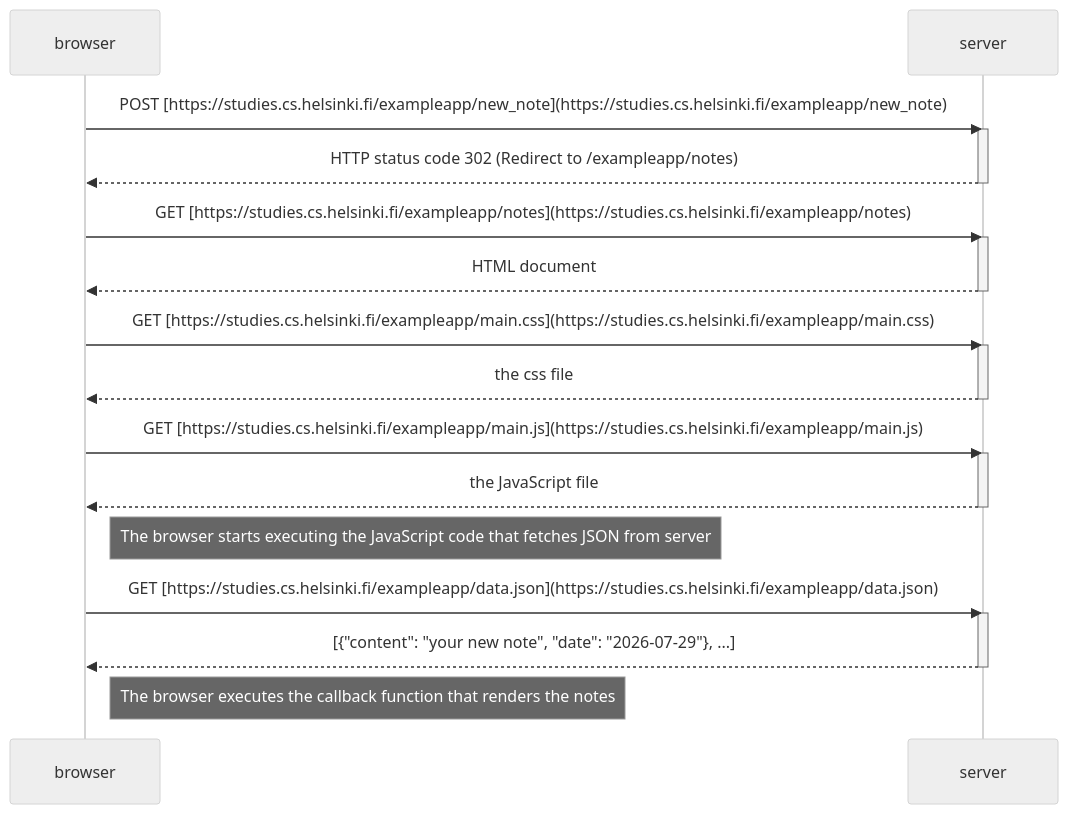
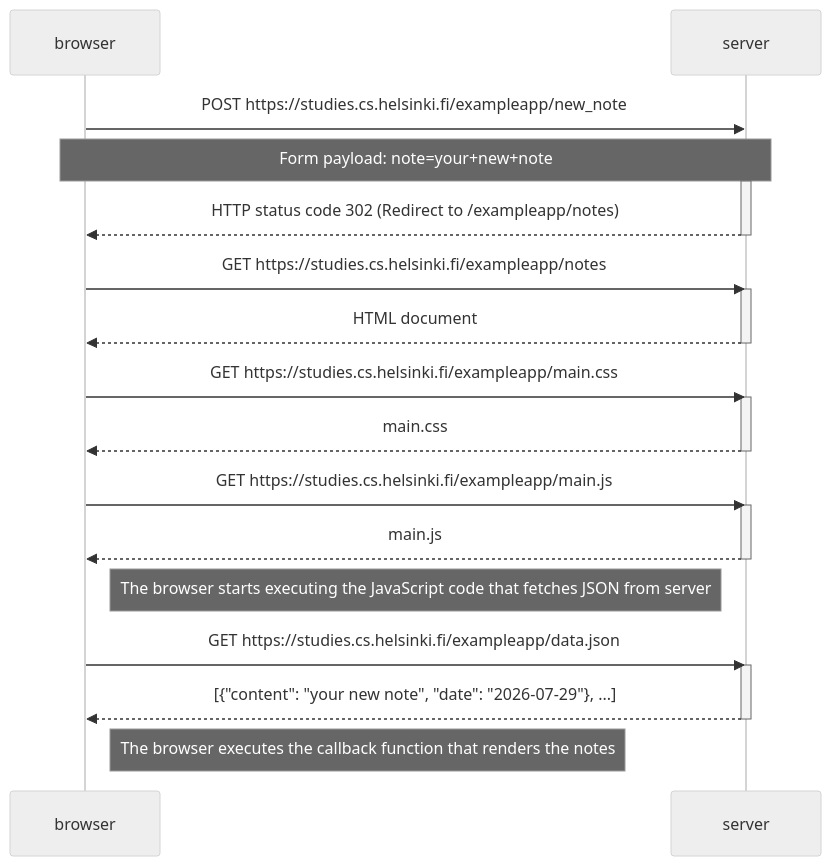
The diagram in part0/0.4-new-note.md (Kimhauta/full-stack-open), drawn with Mermaid (neutral theme) before and after one commit. The commit also changed 2 other files, not shown here.

Commit message:
Part 0 exercises done

````diff
--- a/part0/0.4-new-note.md
+++ b/part0/0.4-new-note.md
@@ -3,34 +3,35 @@
 ```mermaid
 sequenceDiagram
     participant browser
     participant server
 
-    browser->>server: POST [https://studies.cs.helsinki.fi/exampleapp/new_note](https://studies.cs.helsinki.fi/exampleapp/new_note)
+    browser->>server: POST https://studies.cs.helsinki.fi/exampleapp/new_note
+    Note over browser,server: Form payload: note=your+new+note
     activate server
     server-->>browser: HTTP status code 302 (Redirect to /exampleapp/notes)
     deactivate server
 
-    browser->>server: GET [https://studies.cs.helsinki.fi/exampleapp/notes](https://studies.cs.helsinki.fi/exampleapp/notes)
+    browser->>server: GET https://studies.cs.helsinki.fi/exampleapp/notes
     activate server
     server-->>browser: HTML document
     deactivate server
 
-    browser->>server: GET [https://studies.cs.helsinki.fi/exampleapp/main.css](https://studies.cs.helsinki.fi/exampleapp/main.css)
+    browser->>server: GET https://studies.cs.helsinki.fi/exampleapp/main.css
     activate server
-    server-->>browser: the css file
+    server-->>browser: main.css
     deactivate server
 
-    browser->>server: GET [https://studies.cs.helsinki.fi/exampleapp/main.js](https://studies.cs.helsinki.fi/exampleapp/main.js)
+    browser->>server: GET https://studies.cs.helsinki.fi/exampleapp/main.js
     activate server
-    server-->>browser: the JavaScript file
+    server-->>browser: main.js
     deactivate server
 
     Note right of browser: The browser starts executing the JavaScript code that fetches JSON from server
 
-    browser->>server: GET [https://studies.cs.helsinki.fi/exampleapp/data.json](https://studies.cs.helsinki.fi/exampleapp/data.json)
+    browser->>server: GET https://studies.cs.helsinki.fi/exampleapp/data.json
     activate server
     server-->>browser: [{"content": "your new note", "date": "2026-07-29"}, ...]
     deactivate server
 
     Note right of browser: The browser executes the callback function that renders the notes
 ```
````
